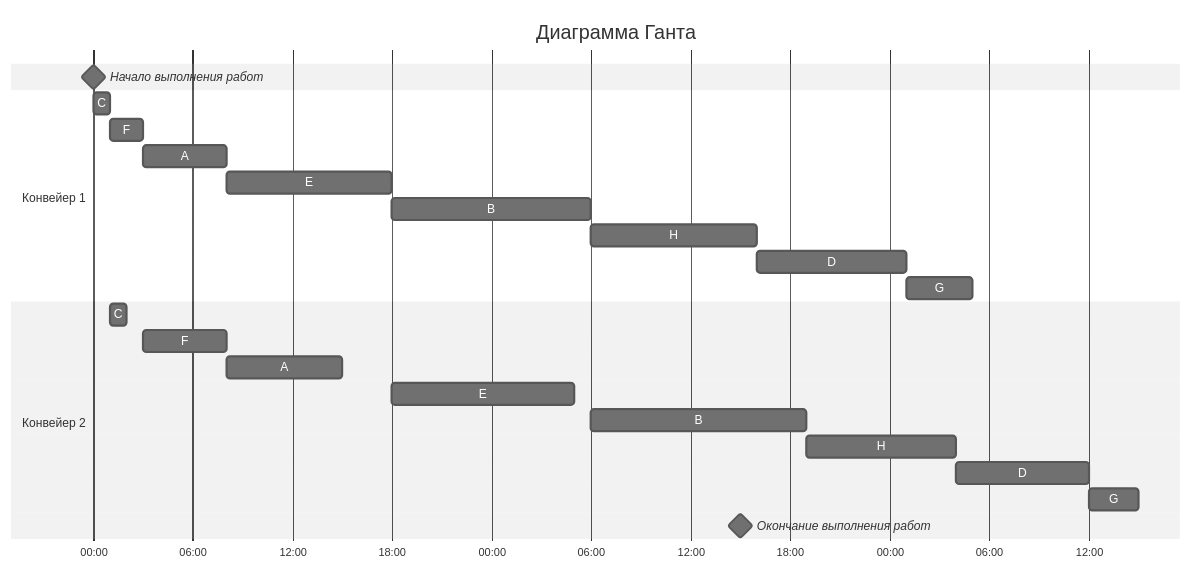
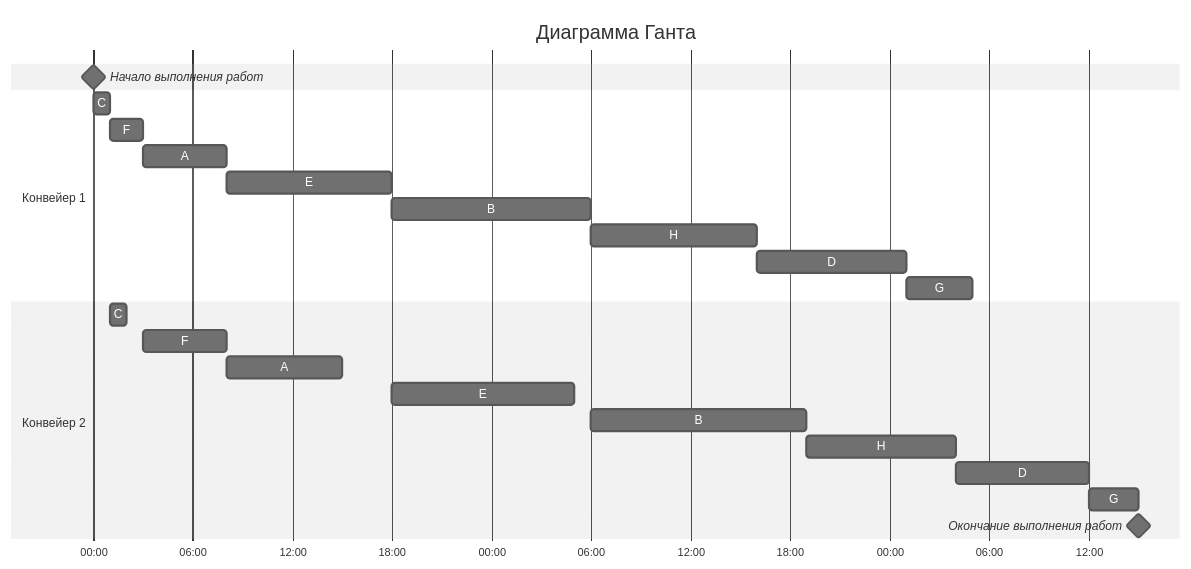
One commit to hse-algo-24-crow/manual-tasks-crow changed the diagram in task-5/bubliki.md. Above: the diagram before and after it, drawn with Mermaid (neutral theme). The commit also changed other lines of this file, not shown here.

````diff
--- a/task-5/bubliki.md
+++ b/task-5/bubliki.md
@@ -50,26 +52,26 @@
 ```mermaid
 gantt
     title Диаграмма Ганта
     dateFormat DD HH:mm    
     axisFormat %H:%M
     Начало выполнения работ : milestone, m1, 01 00:00, 0h
     section Конвейер 1
     C         :a1, 01 00:00, 1h
     F         :a2, after a1, 2h
     A         :a3, after a2, 5h
     E         :a4, after a3, 10h
     B         :a5, after a4, 12h
     H         :a6, after a5, 10h
     D         :a7, after a6, 9h
     G         :a8, after a7, 4h
     section Конвейер 2
     C         :b1, after a1, 1h
     F         :b2, after a2, 5h
     A         :b3, after a3, 7h
     E         :b4, after a4 b3, 11h
     B         :b5, after a5 b4, 13h
     H         :b6, after a6 b5, 9h
     D         :b7, after a7 b6, 8h
     G         :b8, after a7 b7, 3h
-    Окончание выполнения работ : milestone, m2, 02 15:00, 0h
+    Окончание выполнения работ : milestone, m2, 03 15:00, 0h
 ```
````
